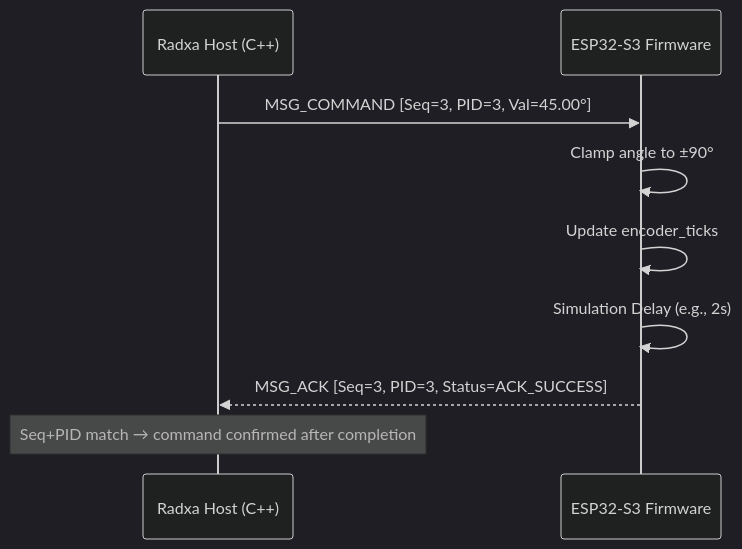
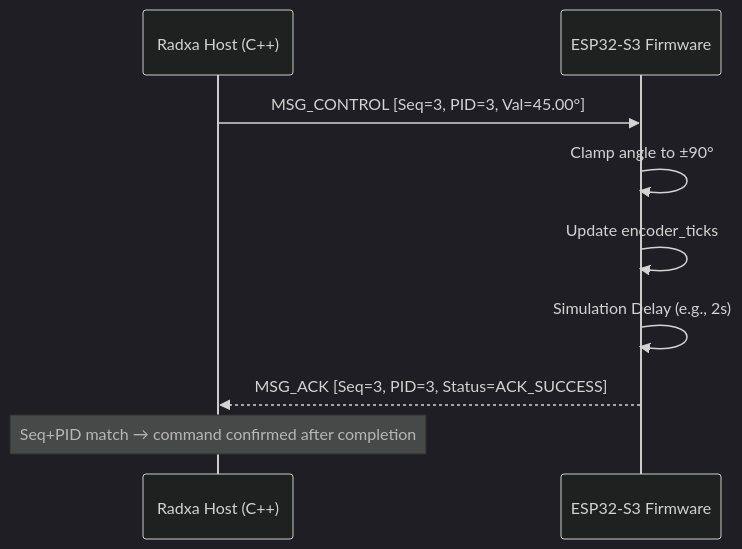
One commit to arnab-ogmen/oro_base_hardware_layer changed the fifth of 8 diagrams in docs/README.md. Above: the diagram before and after it, drawn with Mermaid (dark theme). The commit also changed other lines of this file and 9 other files, not shown here.

````diff
--- a/docs/README.md
+++ b/docs/README.md
@@ -245,12 +245,12 @@
 ```mermaid
 sequenceDiagram
     participant Host as Radxa Host (C++)
     participant MCU as ESP32-S3 Firmware
 
-    Host->>MCU: MSG_COMMAND [Seq=3, PID=3, Val=45.00°]
+    Host->>MCU: MSG_CONTROL [Seq=3, PID=3, Val=45.00°]
     MCU->>MCU: Clamp angle to ±90°
     MCU->>MCU: Update encoder_ticks
     MCU->>MCU: Simulation Delay (e.g., 2s)
     MCU-->>Host: MSG_ACK [Seq=3, PID=3, Status=ACK_SUCCESS]
     Note over Host: Seq+PID match → command confirmed after completion
 ```
````
